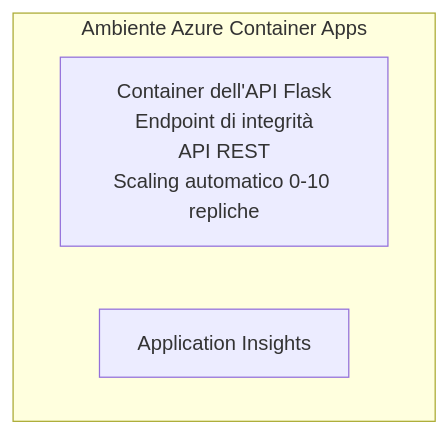
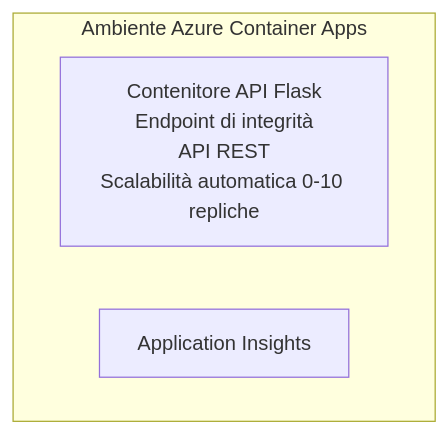
Before and after one commit to microsoft/AZD-for-beginners: the diagram in translations/it/examples/container-app/simple-flask-api/README.md, drawn with Mermaid. The commit also changed other lines of this file and 104 other files, not shown here.

````diff
--- a/translations/it/examples/container-app/simple-flask-api/README.md
+++ b/translations/it/examples/container-app/simple-flask-api/README.md
@@ -26,7 +26,7 @@
 ```mermaid
 graph TD
     subgraph ACA[Ambiente Azure Container Apps]
-        Flask[Container dell'API Flask<br/>Endpoint di integrità<br/>API REST<br/>Scaling automatico 0-10 repliche]
+        Flask[Contenitore API Flask<br/>Endpoint di integrità<br/>API REST<br/>Scalabilità automatica 0-10 repliche]
         AppInsights[Application Insights]
     end
 ```
````
